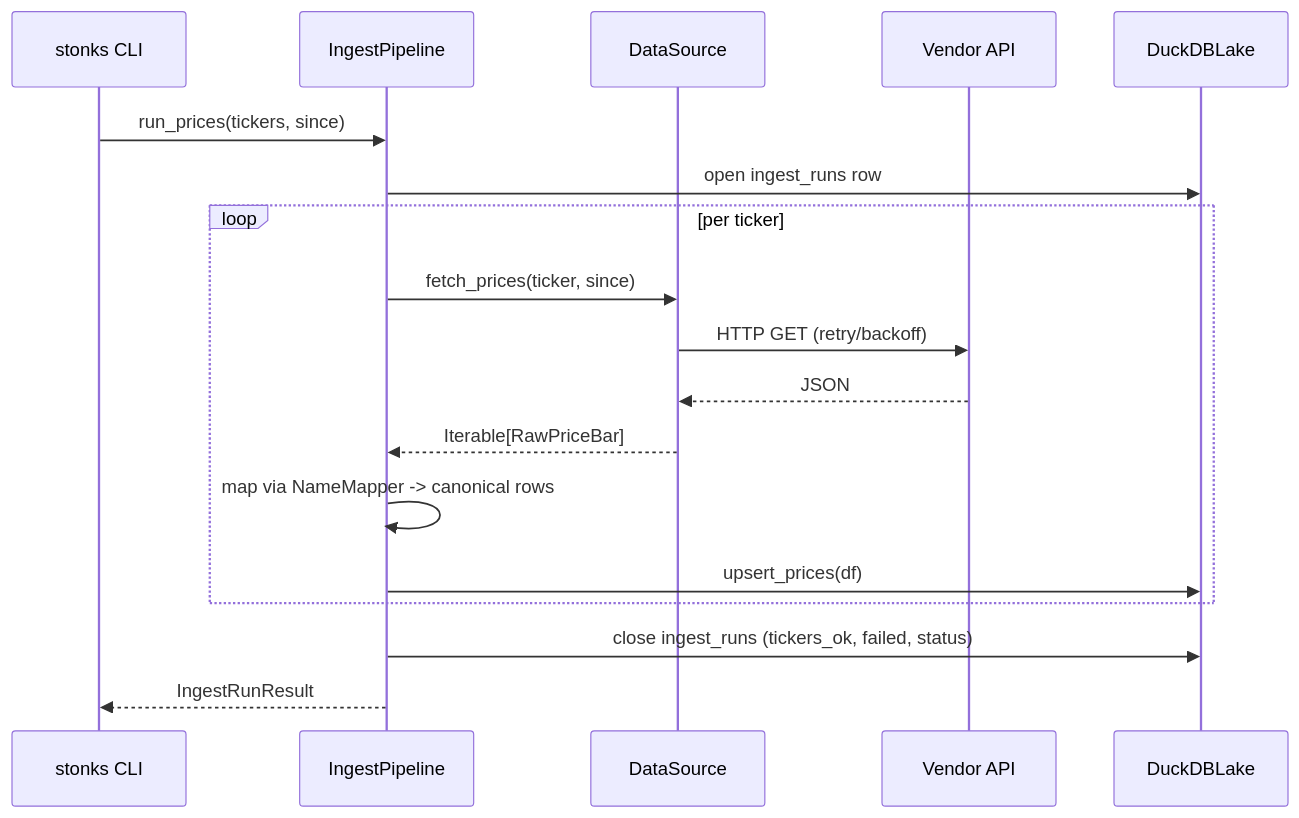
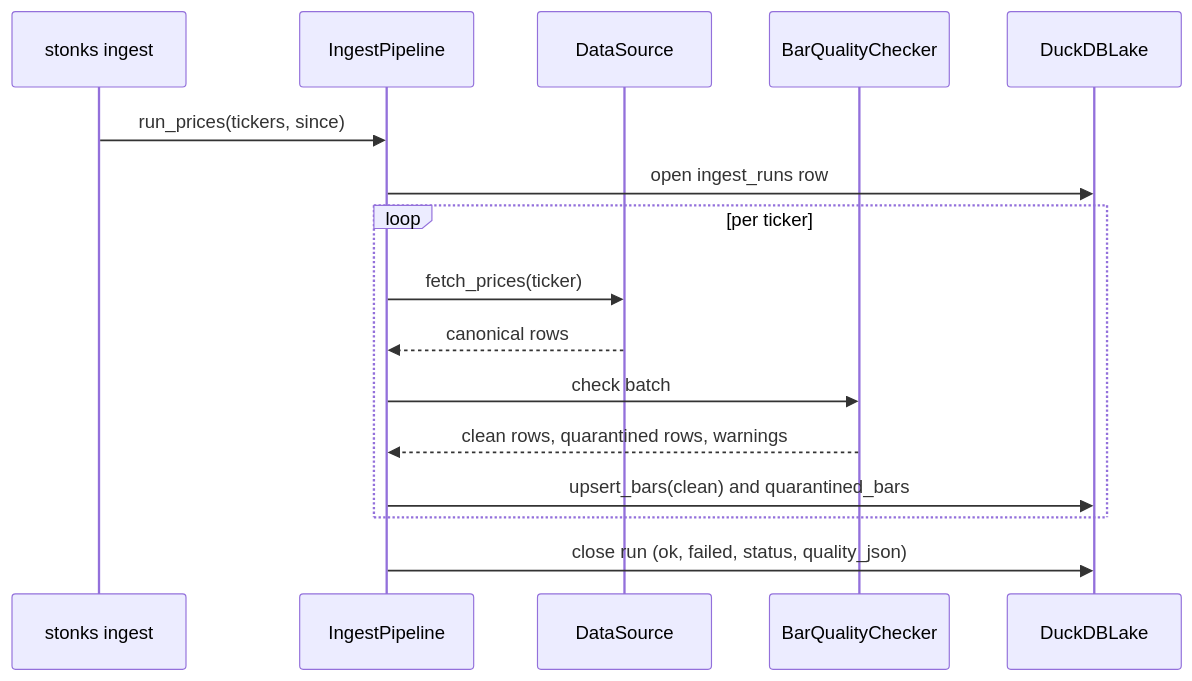
One commit to sleousis/Stonks changed the diagram in docs/blocks/01_ingestion.md. Above: the diagram before and after it, drawn with Mermaid. The commit also changed other lines of this file and 346 other files, not shown here.

````diff
--- a/docs/blocks/01_ingestion.md
+++ b/docs/blocks/01_ingestion.md
@@ -63,21 +65,18 @@
 ```mermaid
 sequenceDiagram
-    participant CLI as stonks CLI
+    participant CLI as stonks ingest
     participant Pipe as IngestPipeline
     participant Src as DataSource
-    participant API as Vendor API
+    participant Q as BarQualityChecker
     participant Lake as DuckDBLake
-
     CLI->>Pipe: run_prices(tickers, since)
     Pipe->>Lake: open ingest_runs row
     loop per ticker
-        Pipe->>Src: fetch_prices(ticker, since)
-        Src->>API: HTTP GET (retry/backoff)
-        API-->>Src: JSON
-        Src-->>Pipe: Iterable[RawPriceBar]
-        Pipe->>Pipe: map via NameMapper -> canonical rows
-        Pipe->>Lake: upsert_prices(df)
+        Pipe->>Src: fetch_prices(ticker)
+        Src-->>Pipe: canonical rows
+        Pipe->>Q: check batch
+        Q-->>Pipe: clean rows, quarantined rows, warnings
+        Pipe->>Lake: upsert_bars(clean) and quarantined_bars
     end
-    Pipe->>Lake: close ingest_runs (tickers_ok, failed, status)
-    Pipe-->>CLI: IngestRunResult
+    Pipe->>Lake: close run (ok, failed, status, quality_json)
 ```
````
